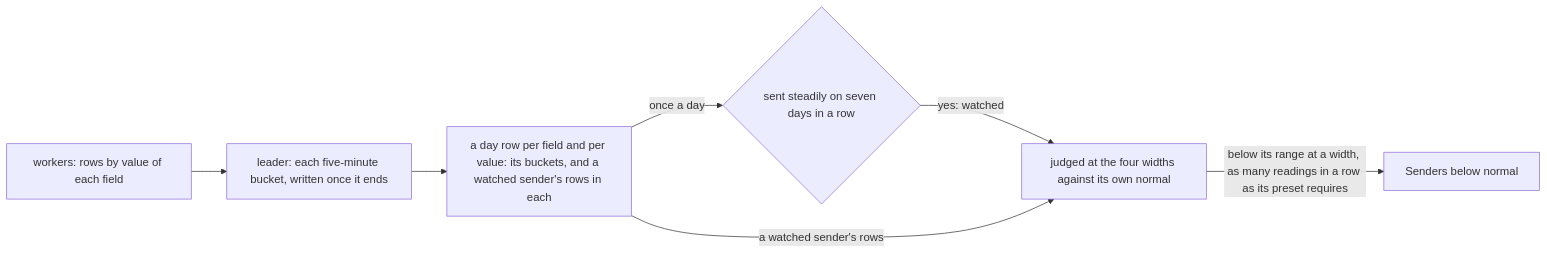
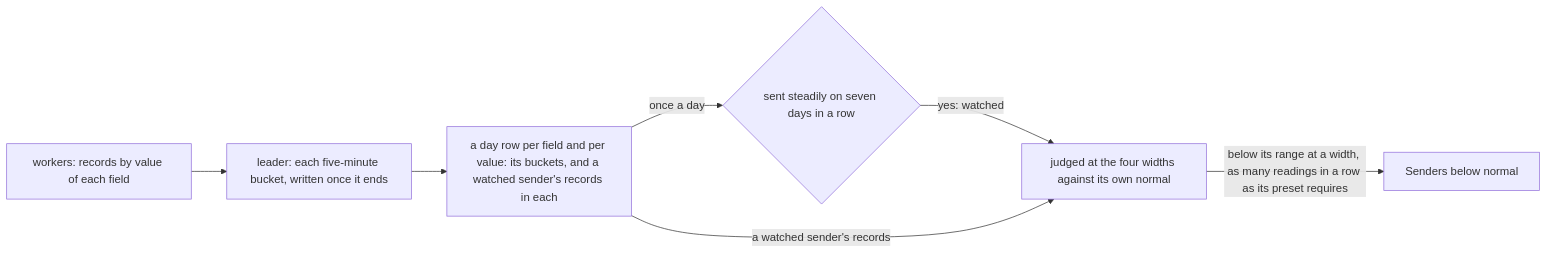
Before and after one commit to smeltr-sh/smeltr: the third of 5 diagrams in docs/architecture/control-plane.md, drawn with Mermaid. The commit also changed other lines of this file, not shown here.

First line of the commit message:
docs: record, not row, in the control plane

````diff
--- a/docs/architecture/control-plane.md
+++ b/docs/architecture/control-plane.md
@@ -435,9 +435,9 @@
 ```mermaid
 flowchart LR
-  W[workers: rows by value of each field] --> B[leader: each five-minute bucket, written once it ends]
-  B --> D[a day row per field and per value: its buckets, and a watched sender's rows in each]
+  W[workers: records by value of each field] --> B[leader: each five-minute bucket, written once it ends]
+  B --> D[a day row per field and per value: its buckets, and a watched sender's records in each]
   D -- once a day --> P{sent steadily on seven days in a row}
   P -- yes: watched --> J[judged at the four widths against its own normal]
-  D -- a watched sender's rows --> J
+  D -- a watched sender's records --> J
   J -- below its range at a width, as many readings in a row as its preset requires --> X[Senders below normal]
 ```
````
